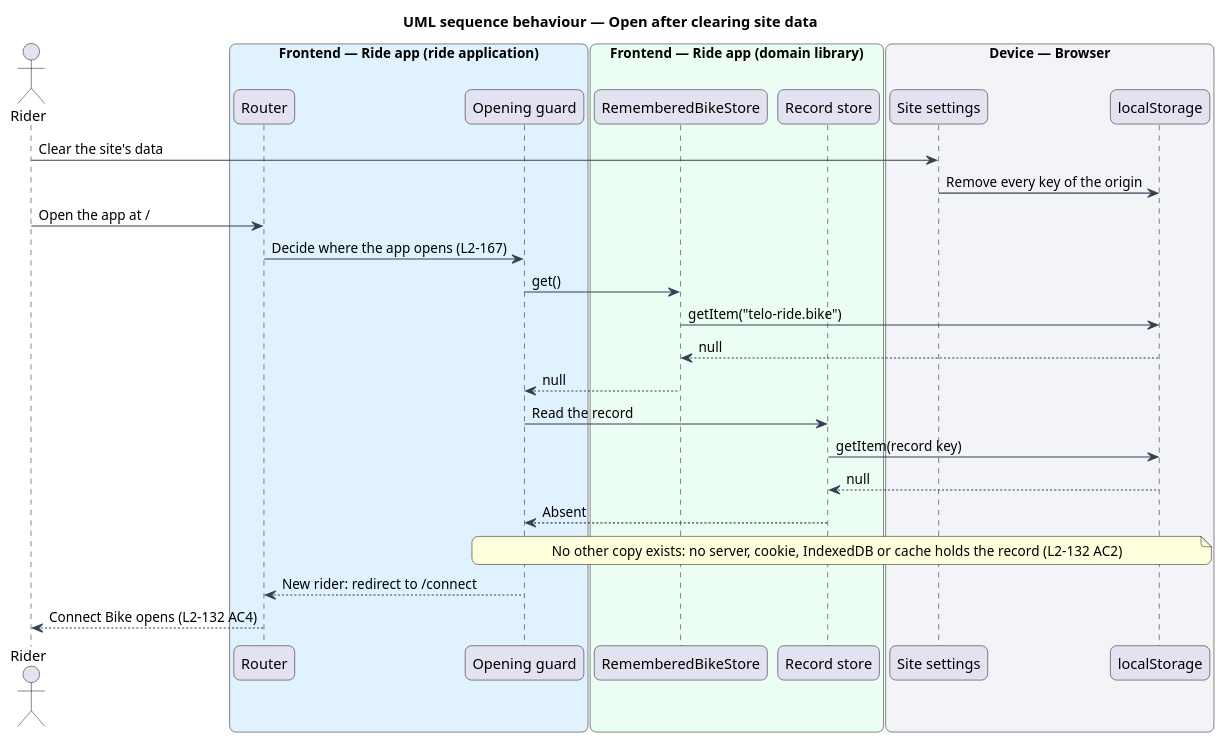
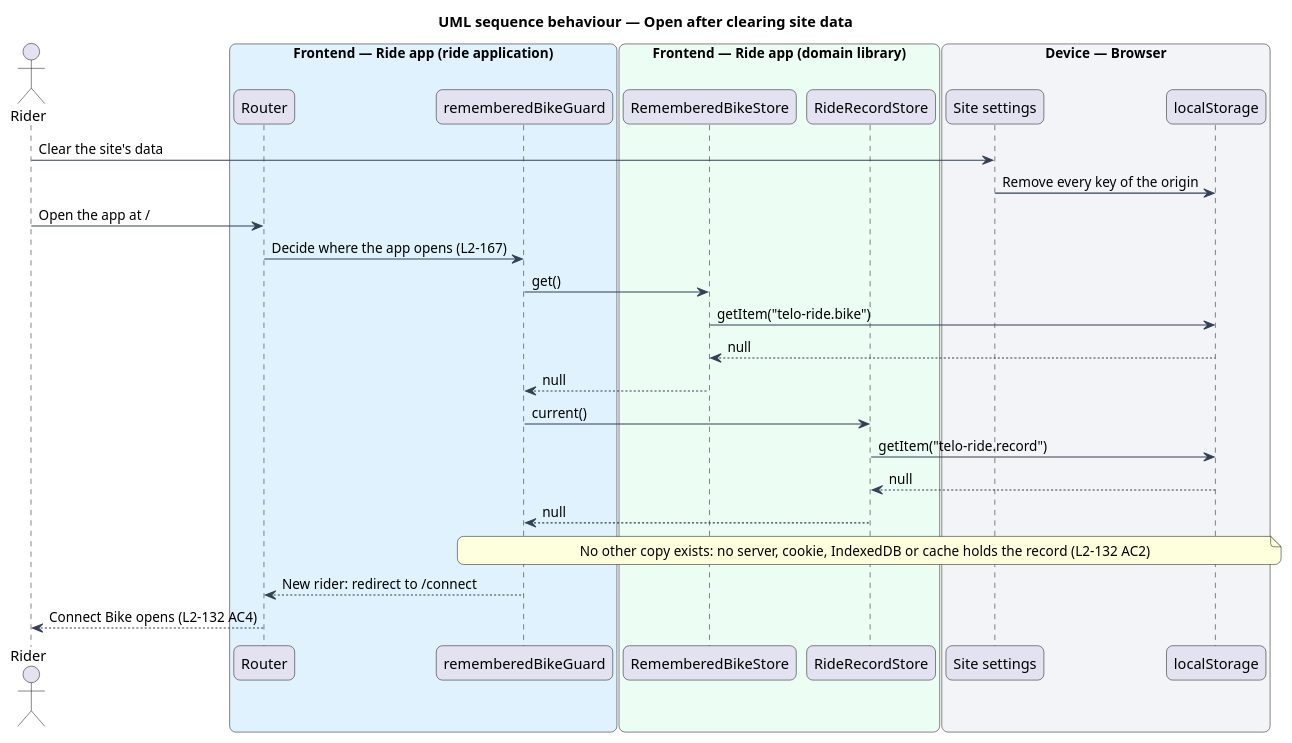
Before and after one commit to QuinntyneBrown/ride-one: the diagram in docs/detailed-designs/security/keep-data-on-the-device/diagrams/sequence-open-after-clearing-site-data.puml, drawn with PlantUML. The commit also changed 33 other files, not shown here.

First line of the commit message:
Design security and platform for Telo Ride 1

```diff
--- a/docs/detailed-designs/security/keep-data-on-the-device/diagrams/sequence-open-after-clearing-site-data.puml
+++ b/docs/detailed-designs/security/keep-data-on-the-device/diagrams/sequence-open-after-clearing-site-data.puml
@@ -1,45 +1,45 @@
 @startuml
 title UML sequence behaviour — Open after clearing site data
 skinparam backgroundColor #FFFFFF
 skinparam shadowing false
 skinparam roundcorner 12
 skinparam defaultFontName Arial
 skinparam ArrowColor #344054
 skinparam rectangle {
   BorderColor #344054
   FontColor #101828
 }
 skinparam package {
   BorderColor #667085
   FontColor #101828
   BackgroundColor #F9FAFB
 }
 actor "Rider" as rider
 box "Frontend — Ride app (ride application)" #E0F2FE
   participant "Router" as router
-  participant "Opening guard" as guard
+  participant "rememberedBikeGuard" as guard
 end box
 box "Frontend — Ride app (domain library)" #ECFDF3
   participant "RememberedBikeStore" as bikeStore
-  participant "Record store" as recordStore
+  participant "RideRecordStore" as recordStore
 end box
 box "Device — Browser" #F2F4F7
   participant "Site settings" as settings
   participant "localStorage" as ls
 end box
 rider -> settings : Clear the site's data
 settings -> ls : Remove every key of the origin
 rider -> router : Open the app at /
 router -> guard : Decide where the app opens (L2-167)
 guard -> bikeStore : get()
 bikeStore -> ls : getItem("telo-ride.bike")
 ls --> bikeStore : null
 bikeStore --> guard : null
-guard -> recordStore : Read the record
-recordStore -> ls : getItem(record key)
+guard -> recordStore : current()
+recordStore -> ls : getItem("telo-ride.record")
 ls --> recordStore : null
-recordStore --> guard : Absent
+recordStore --> guard : null
 note over guard, ls : No other copy exists: no server, cookie, IndexedDB or cache holds the record (L2-132 AC2)
 guard --> router : New rider: redirect to /connect
 router --> rider : Connect Bike opens (L2-132 AC4)
 @enduml
```
